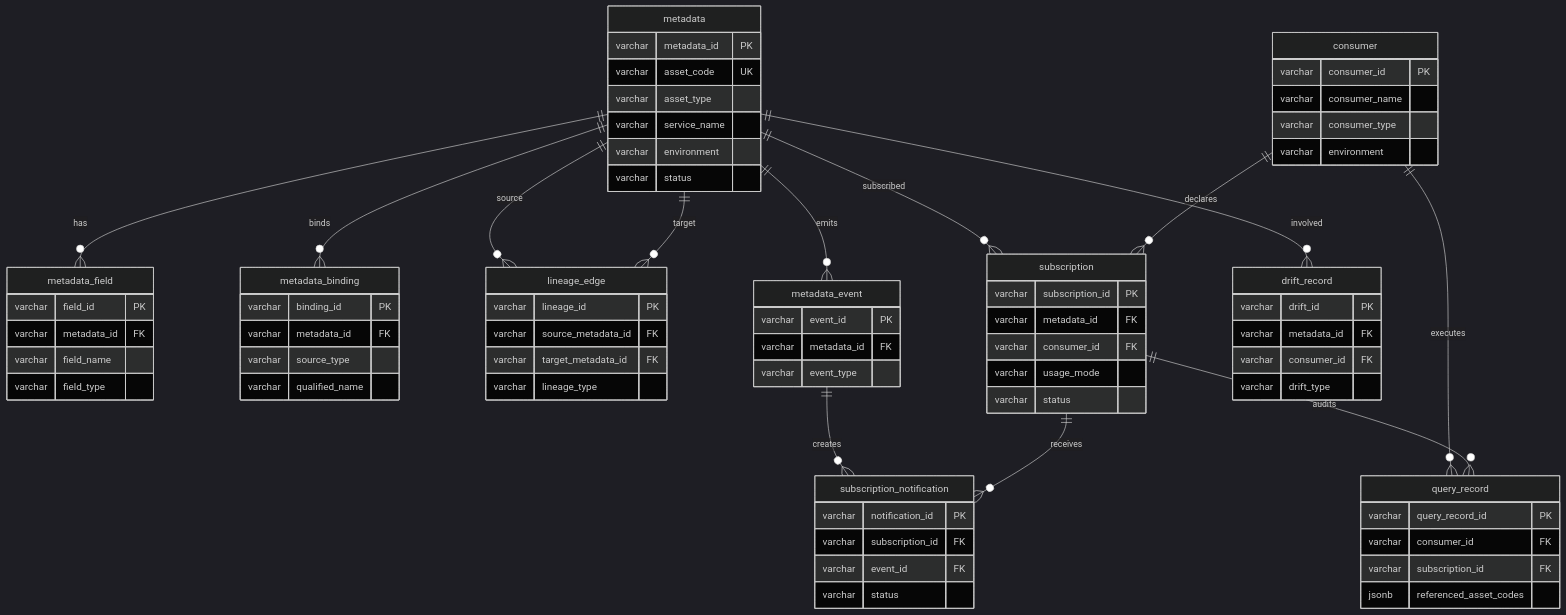
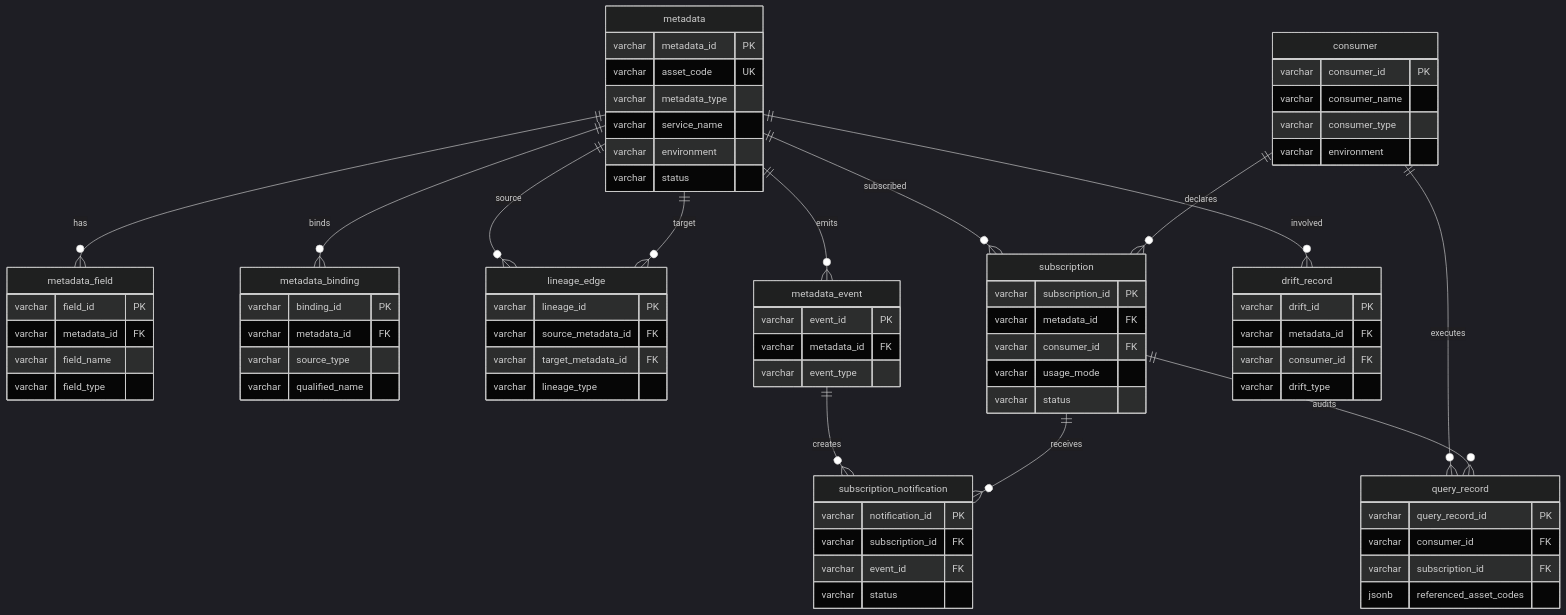
Before and after one commit to w00125533/data-gov: the third of 10 diagrams in docs/superpowers/specs/data-governance/architecture-views.md, drawn with Mermaid (dark theme). The commit also changed 5 other files, not shown here.

Commit message:
docs: refine data governance spec index and metadata type

````diff
--- a/docs/superpowers/specs/data-governance/architecture-views.md
+++ b/docs/superpowers/specs/data-governance/architecture-views.md
@@ -81,78 +81,78 @@
 ```mermaid
 erDiagram
     metadata {
       varchar metadata_id PK
       varchar asset_code UK
-      varchar asset_type
+      varchar metadata_type
       varchar service_name
       varchar environment
       varchar status
     }
     metadata_field {
       varchar field_id PK
       varchar metadata_id FK
       varchar field_name
       varchar field_type
     }
     metadata_binding {
       varchar binding_id PK
       varchar metadata_id FK
       varchar source_type
       varchar qualified_name
     }
     lineage_edge {
       varchar lineage_id PK
       varchar source_metadata_id FK
       varchar target_metadata_id FK
       varchar lineage_type
     }
     consumer {
       varchar consumer_id PK
       varchar consumer_name
       varchar consumer_type
       varchar environment
     }
     subscription {
       varchar subscription_id PK
       varchar metadata_id FK
       varchar consumer_id FK
       varchar usage_mode
       varchar status
     }
     query_record {
       varchar query_record_id PK
       varchar consumer_id FK
       varchar subscription_id FK
       jsonb referenced_asset_codes
     }
     metadata_event {
       varchar event_id PK
       varchar metadata_id FK
       varchar event_type
     }
     subscription_notification {
       varchar notification_id PK
       varchar subscription_id FK
       varchar event_id FK
       varchar status
     }
     drift_record {
       varchar drift_id PK
       varchar metadata_id FK
       varchar consumer_id FK
       varchar drift_type
     }
 
     metadata ||--o{ metadata_field : has
     metadata ||--o{ metadata_binding : binds
     metadata ||--o{ lineage_edge : source
     metadata ||--o{ lineage_edge : target
     metadata ||--o{ subscription : subscribed
     consumer ||--o{ subscription : declares
     consumer ||--o{ query_record : executes
     subscription ||--o{ query_record : audits
     metadata ||--o{ metadata_event : emits
     metadata_event ||--o{ subscription_notification : creates
     subscription ||--o{ subscription_notification : receives
     metadata ||--o{ drift_record : involved
 ```
````
